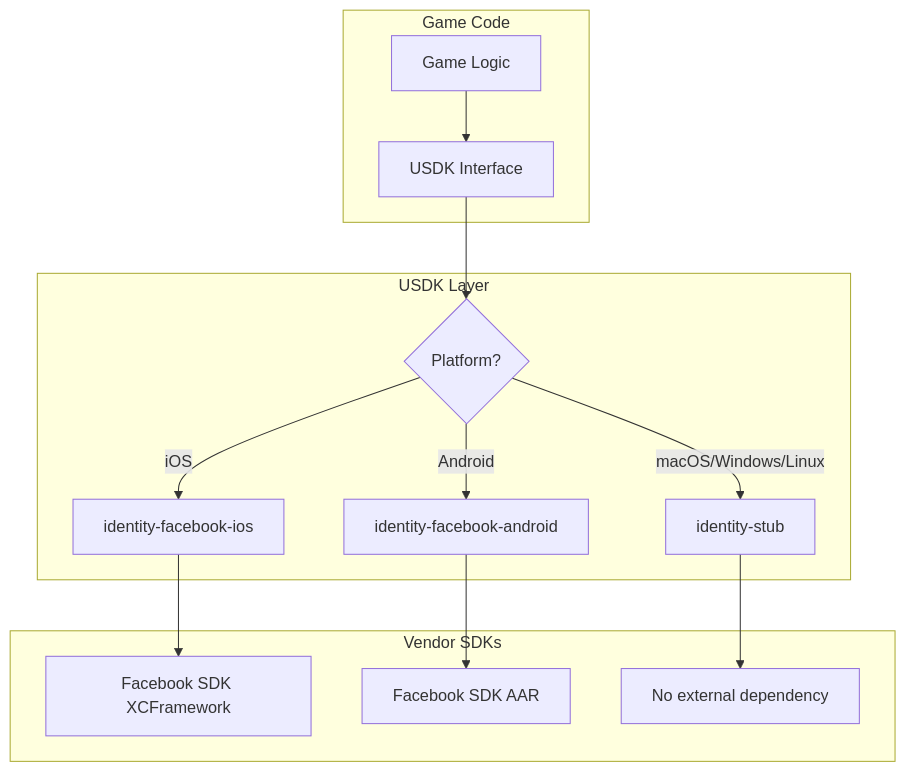
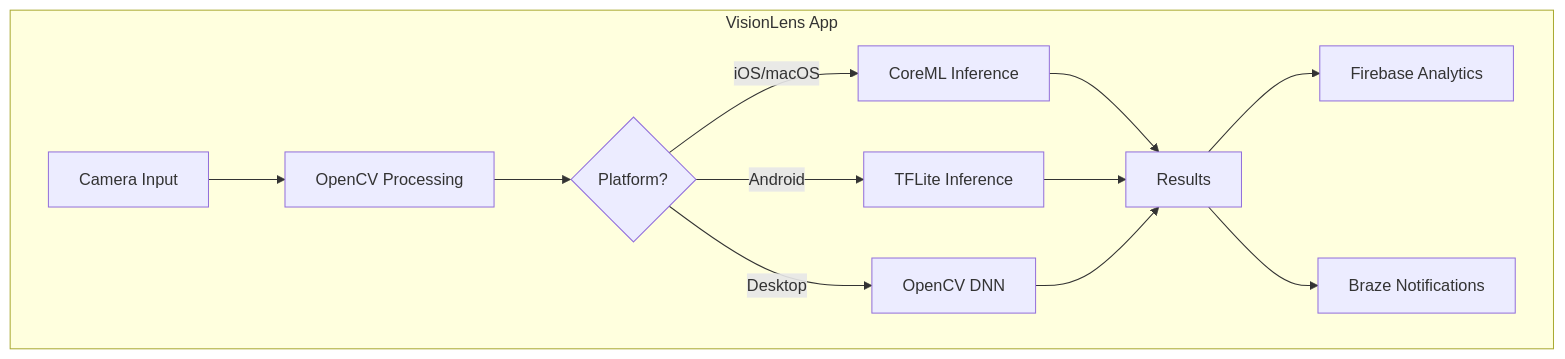
The diagram in xcframeworks-bazel-gaming.md (srikantharun/srikantharun.github.io), drawn with Mermaid before and after one commit. The commit also changed other lines of this file, not shown here.

First line of the commit message:
Update xcframeworks guide with AI/OpenCV focus and SDK integration patterns

````diff
--- a/xcframeworks-bazel-gaming.md
+++ b/xcframeworks-bazel-gaming.md
@@ -53,19 +30,15 @@
 ```mermaid
 flowchart TD
-    subgraph "Game Code"
-        A[Game Logic] --> B[USDK Interface]
-    end
-
-    subgraph "USDK Layer"
+    subgraph "VisionLens App"
+        A[Camera Input] --> B[OpenCV Processing]
         B --> C{Platform?}
-        C -->|iOS| D[identity-facebook-ios]
-        C -->|Android| E[identity-facebook-android]
-        C -->|macOS/Windows/Linux| F[identity-stub]
-    end
-
-    subgraph "Vendor SDKs"
-        D --> G[Facebook SDK XCFramework]
-        E --> H[Facebook SDK AAR]
-        F --> I[No external dependency]
+        C -->|iOS/macOS| D[CoreML Inference]
+        C -->|Android| E[TFLite Inference]
+        C -->|Desktop| F[OpenCV DNN]
+        D --> G[Results]
+        E --> G
+        F --> G
+        G --> H[Firebase Analytics]
+        G --> I[Braze Notifications]
     end
 ```
````
